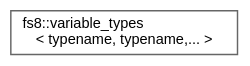
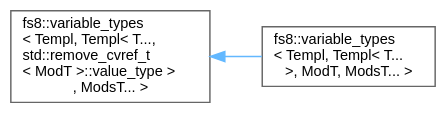
The diagram in api/inherit_graph_119.dot (the-moisrex/foresight), drawn with Graphviz before and after one commit. The commit also changed 211 other files, not shown here.

```diff
--- a/api/inherit_graph_119.dot
+++ b/api/inherit_graph_119.dot
@@ -1,9 +1,11 @@
 digraph "Graphical Class Hierarchy"
 {
  // LATEX_PDF_SIZE
   bgcolor="transparent";
   edge [fontname=Helvetica,fontsize=10,labelfontname=Helvetica,labelfontsize=10];
   node [fontname=Helvetica,fontsize=10,shape=box,height=0.2,width=0.4];
   rankdir="LR";
-  Node0 [id="Node000000",label="fs8::variable_types\l\< typename, typename,... \>",height=0.2,width=0.4,color="grey40", fillcolor="white", style="filled",URL="$structfs8_1_1variable__types.html",tooltip=" "];
+  Node0 [id="Node000000",label="fs8::variable_types\l\< Templ, Templ\< T...,\l std::remove_cvref_t\l\< ModT \>::value_type \>\l, ModsT... \>",height=0.2,width=0.4,color="grey40", fillcolor="white", style="filled",URL="$structfs8_1_1variable__types.html",tooltip=" "];
+  Node0 -> Node1 [id="edge100_Node000000_Node000001",dir="back",color="steelblue1",style="solid",tooltip=" "];
+  Node1 [id="Node000001",label="fs8::variable_types\l\< Templ, Templ\< T...\l \>, ModT, ModsT... \>",height=0.2,width=0.4,color="grey40", fillcolor="white", style="filled",URL="$structfs8_1_1variable__types_3_01Templ_00_01Templ_3_01T_8_8_8_01_4_00_01ModT_00_01ModsT_8_8_8_01_4.html",tooltip=" "];
 }
```
